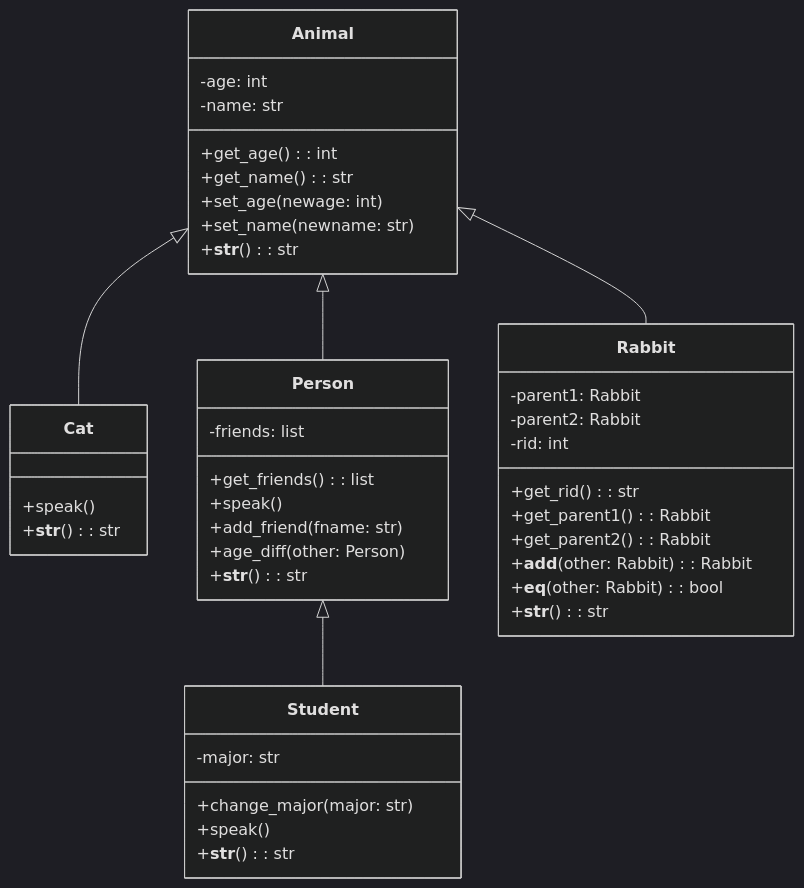
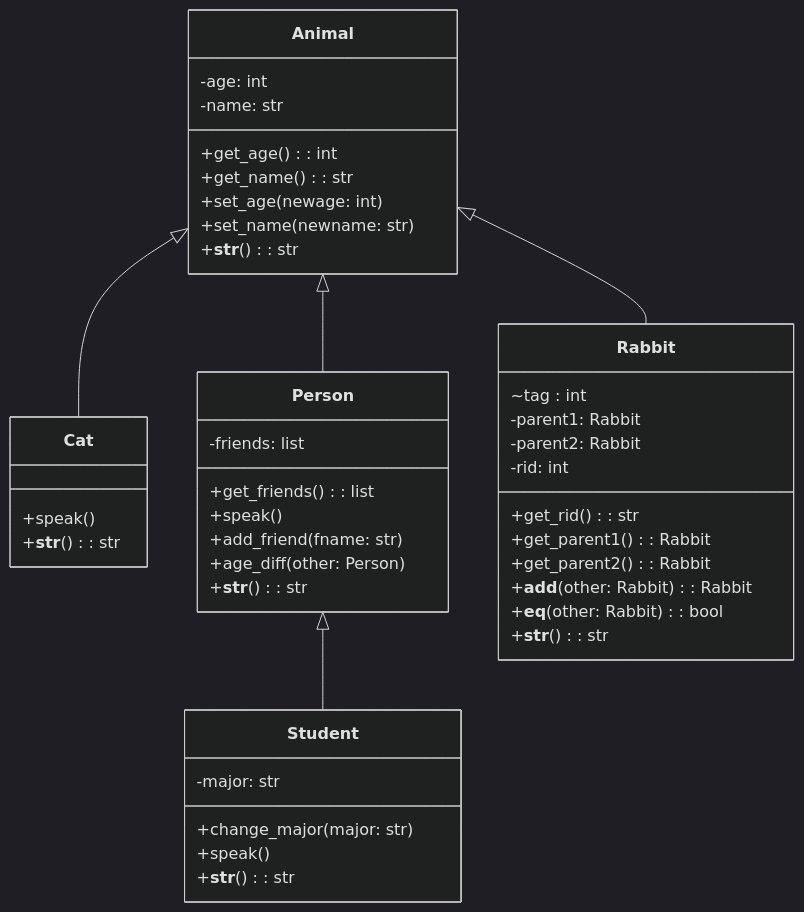
The diagram in tests/group10/mermaid_lec9.md (ARG-NCTU/oop-python-nycu), drawn with Mermaid (dark theme) before and after one commit.

````diff
--- a/tests/group10/mermaid_lec9.md
+++ b/tests/group10/mermaid_lec9.md
@@ -1,50 +1,51 @@
 ```mermaid
 classDiagram
     class Animal {
         -age: int
         -name: str
         +get_age(): int
         +get_name(): str
         +set_age(newage: int)
         +set_name(newname: str)
         +__str__(): str
     }
 
     class Cat {
         +speak()
         +__str__(): str
     }
 
     class Person {
         -friends: list
         +get_friends(): list
         +speak()
         +add_friend(fname: str)
         +age_diff(other: Person)
         +__str__(): str
     }
 
     class Student {
         -major: str
         +change_major(major: str)
         +speak()
         +__str__(): str
     }
 
     class Rabbit {
+        ~tag : int
         -parent1: Rabbit
         -parent2: Rabbit
         -rid: int
         +get_rid(): str
         +get_parent1(): Rabbit
         +get_parent2(): Rabbit
         +__add__(other: Rabbit): Rabbit
         +__eq__(other: Rabbit): bool
         +__str__(): str
     }
 
     Animal <|-- Cat
     Animal <|-- Person
     Person <|-- Student
     Animal <|-- Rabbit
 ```
````
